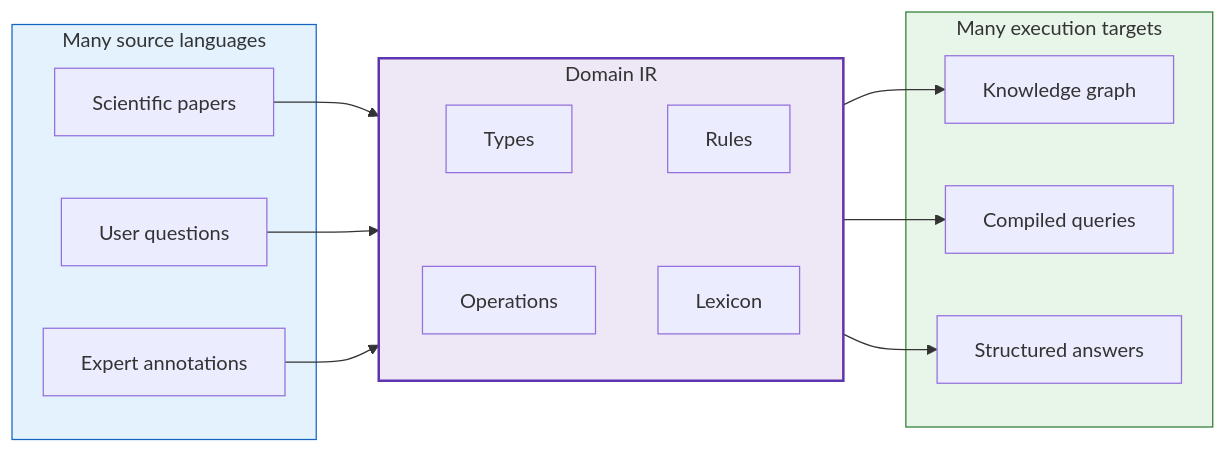
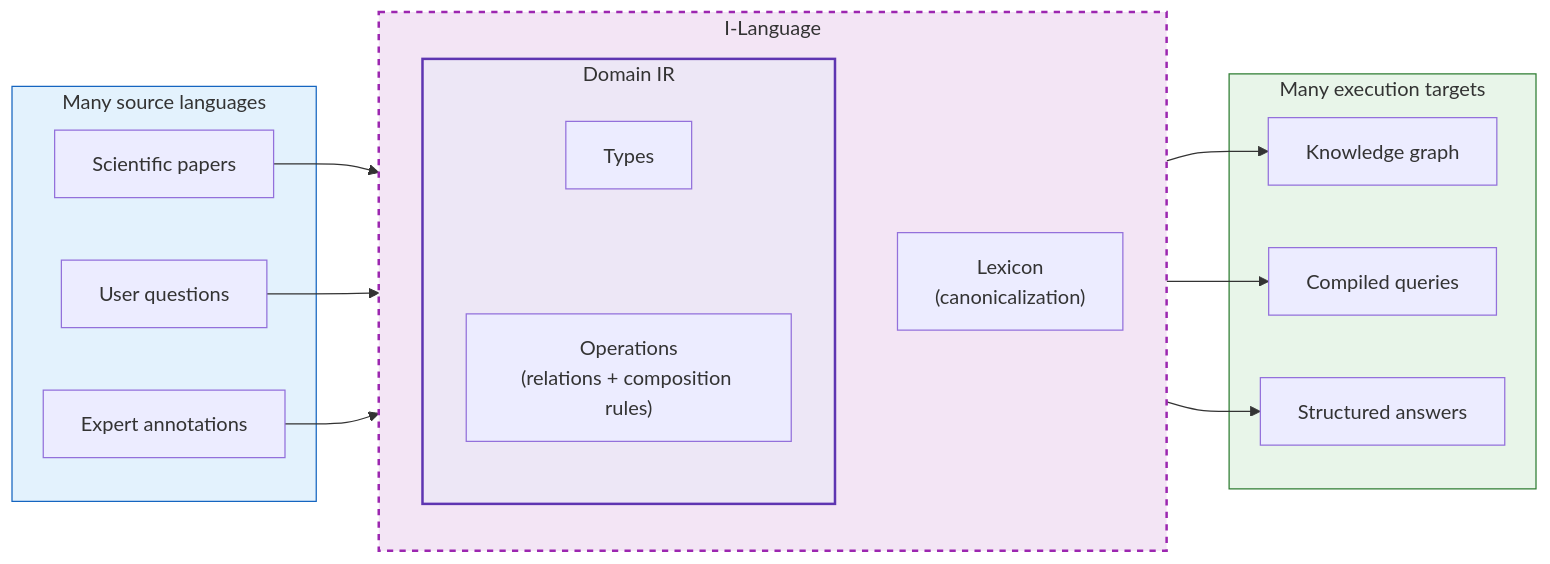
The first of 2 diagrams in docs/domain-grammar-compiler.md (borisdev/borisdev.github.io), drawn with Mermaid before and after one commit. The commit also changed other lines of this file, not shown here.

Commit message:
Move Lexicon into I-Language layer, merge operations + rules
Lexicon (canonicalization) resolves surface variation — that's the
I-Language's job, not the IR's. Moved it outside the IR box but
inside the I-Language box in both diagrams. Merged "operations" and
"rules" into one label since both are the type system.

````diff
--- a/docs/domain-grammar-compiler.md
+++ b/docs/domain-grammar-compiler.md
@@ -25,31 +25,35 @@
 ```mermaid
 flowchart LR
     subgraph Frontends["Many source languages"]
         S1["Scientific papers"]
         S2["User questions"]
         S3["Expert annotations"]
     end
 
-    subgraph IR["Domain IR"]
+    subgraph ILang["I-Language"]
         direction TB
-        T["Types"] ~~~ O["Operations"]
-        R["Rules"] ~~~ L["Lexicon"]
+        LEX1["Lexicon<br>(canonicalization)"]
+        subgraph IR["Domain IR"]
+            direction TB
+            T["Types"] ~~~ O["Operations<br>(relations + composition rules)"]
+        end
     end
 
     subgraph Backends["Many execution targets"]
         B1["Knowledge graph"]
         B2["Compiled queries"]
         B3["Structured answers"]
     end
 
-    S1 --> IR
-    S2 --> IR
-    S3 --> IR
-    IR --> B1
-    IR --> B2
-    IR --> B3
+    S1 --> ILang
+    S2 --> ILang
+    S3 --> ILang
+    ILang --> B1
+    ILang --> B2
+    ILang --> B3
 
+    style ILang fill:#f3e5f5,stroke:#9c27b0,stroke-width:2px,stroke-dasharray: 5 5
     style IR fill:#ede7f6,stroke:#5e35b1,stroke-width:2px
     style Frontends fill:#e3f2fd,stroke:#1565c0
     style Backends fill:#e8f5e9,stroke:#2e7d32
 ```
````
